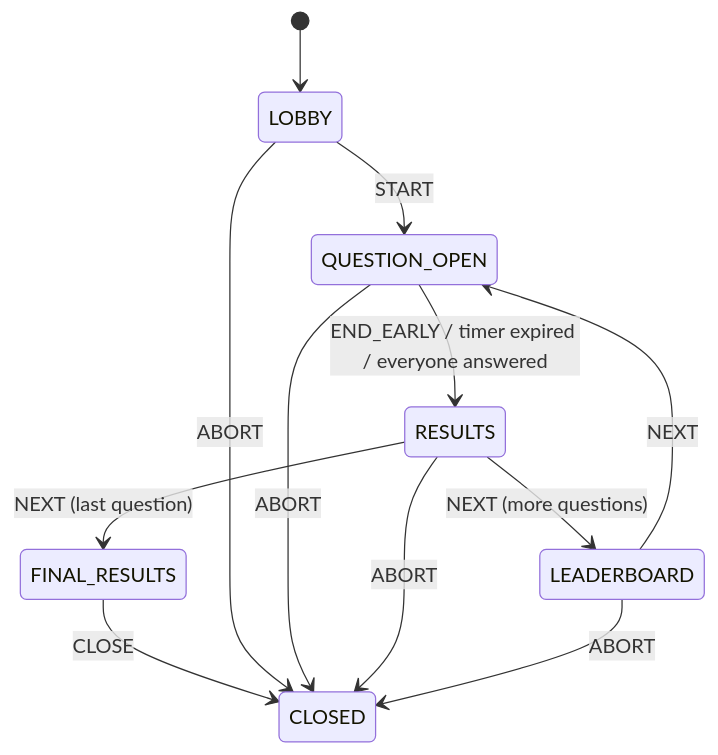
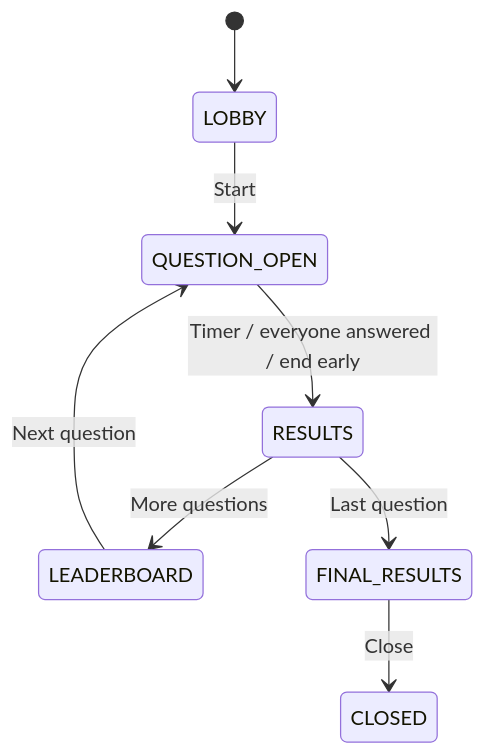
The diagram in README.md (A66adon/quizzle), drawn with Mermaid before and after one commit. The commit also changed other lines of this file and 2 other files, not shown here.

````diff
--- a/README.md
+++ b/README.md
@@ -216,14 +172,10 @@
 ```mermaid
 stateDiagram-v2
     [*] --> LOBBY
-    LOBBY --> QUESTION_OPEN: START
-    QUESTION_OPEN --> RESULTS: END_EARLY / timer expired / everyone answered
-    RESULTS --> LEADERBOARD: NEXT (more questions)
-    RESULTS --> FINAL_RESULTS: NEXT (last question)
-    LEADERBOARD --> QUESTION_OPEN: NEXT
-    FINAL_RESULTS --> CLOSED: CLOSE
-    LOBBY --> CLOSED: ABORT
-    QUESTION_OPEN --> CLOSED: ABORT
-    RESULTS --> CLOSED: ABORT
-    LEADERBOARD --> CLOSED: ABORT
+    LOBBY --> QUESTION_OPEN: Start
+    QUESTION_OPEN --> RESULTS: Timer / everyone answered / end early
+    RESULTS --> LEADERBOARD: More questions
+    LEADERBOARD --> QUESTION_OPEN: Next question
+    RESULTS --> FINAL_RESULTS: Last question
+    FINAL_RESULTS --> CLOSED: Close
 ```
````
